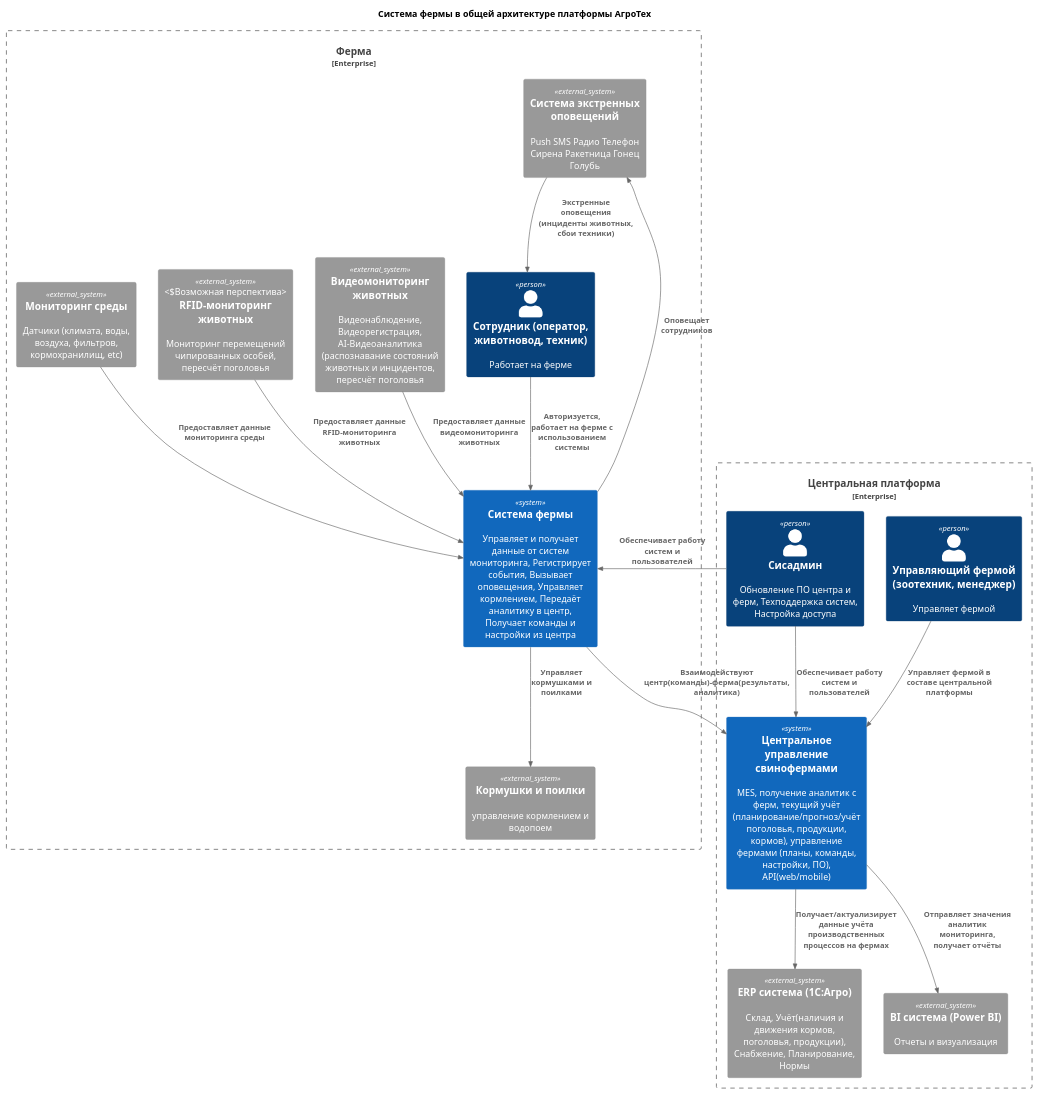
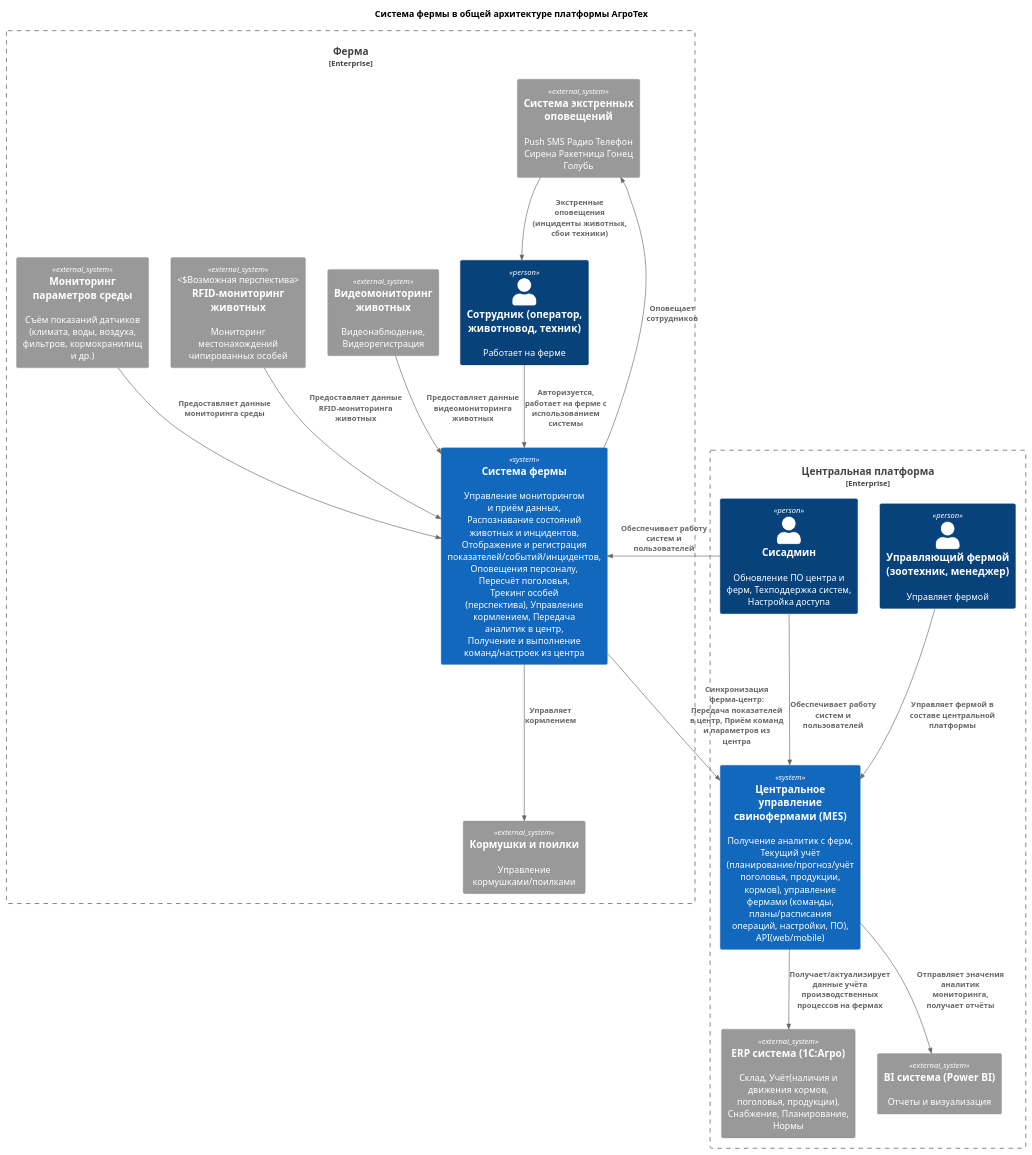
One commit to IvanVerba/MSA-AgroTech changed the diagram in Task1/Context1.puml. Above: the diagram before and after it, drawn with PlantUML.

Commit message:
Task1: C1 общий-2

```diff
--- a/Task1/Context1.puml
+++ b/Task1/Context1.puml
@@ -1,44 +1,44 @@
 @startuml
 title Ferma Context Diagram
 
 top to bottom direction
 
 !include <C4/C4_Context>
 
  title Система фермы в общей архитектуре платформы АгроТех
 
 Enterprise_Boundary(система_фермы, "Ферма") {
  System_Ext(extr_comm, "Система экстренных оповещений" , "Push SMS Радио Телефон Сирена Ракетница Гонец Голубь")
- System_Ext(vcam, "Видеомониторинг животных", "Видеонаблюдение, Видеорегистрация, AI-Видеоаналитика (распознавание состояний животных и инцидентов, пересчёт поголовья")
- System_Ext(rfid, "RFID-мониторинг животных", "Мониторинг перемещений чипированных особей, пересчёт поголовья", "Возможная перспектива")
- System_Ext(sensors, "Мониторинг среды", "Датчики (климата, воды, воздуха, фильтров, кормохранилищ, etc)")
- System_Ext(feeding, "Кормушки и поилки", "управление кормлением и водопоем")
+ System_Ext(vcam, "Видеомониторинг животных", "Видеонаблюдение, Видеорегистрация")
+ System_Ext(rfid, "RFID-мониторинг животных", "Мониторинг местонахождений чипированных особей", "Возможная перспектива")
+ System_Ext(sensors, "Мониторинг параметров среды", "Съём показаний датчиков (климата, воды, воздуха, фильтров, кормохранилищ и др.)")
+ System_Ext(feeding, "Кормушки и поилки", "Управление кормушками/поилками")
 
   Person(employee, "Сотрудник (оператор, животновод, техник)", "Работает на ферме")
-  System(ferma, "Система фермы", "Управляет и получает данные от систем мониторинга, Регистрирует события, Вызывает оповещения, Управляет кормлением, Передаёт аналитику в центр, Получает команды и настройки из центра")
+  System(farm, "Система фермы", "Управление мониторингом и приём данных, Распознавание состояний животных и инцидентов, Отображение и регистрация показателей/событий/инцидентов, Оповещения персоналу, Пересчёт поголовья, Трекинг особей (перспектива), Управление кормлением, Передача аналитик в центр, Получение и выполнение команд/настроек из центра")
   Rel(extr_comm, employee , "Экстренные оповещения (инциденты животных, сбои техники)")
-  Rel(vcam, ferma, "Предоставляет данные видеомониторинга животных")
-  Rel(rfid, ferma, "Предоставляет данные RFID-мониторинга животных")
-  Rel(sensors, ferma, "Предоставляет данные мониторинга среды")
-  Rel(ferma,feeding,"Управляет кормушками и поилками")
-  Rel(employee, ferma, "Авторизуется, работает на ферме с использованием системы")
-  Rel(ferma,extr_comm,"Оповещает сотрудников")
+  Rel(vcam, farm, "Предоставляет данные видеомониторинга животных")
+  Rel(rfid, farm, "Предоставляет данные RFID-мониторинга животных")
+  Rel(sensors, farm, "Предоставляет данные мониторинга среды")
+  Rel(farm,feeding,"Управляет кормлением")
+  Rel(employee, farm, "Авторизуется, работает на ферме с использованием системы")
+  Rel(farm,extr_comm,"Оповещает сотрудников")
  }
 
 
 Enterprise_Boundary(система, "Центральная платформа") {
   Person(mainuser, "Управляющий фермой (зоотехник, менеджер)", "Управляет фермой")
   Person(admin, "Сисадмин", "Обновление ПО центра и ферм, Техподдержка систем, Настройка доступа")
-  System(center_farm, "Центральное управление свинофермами", "MES, получение аналитик с ферм, текущий учёт (планирование/прогноз/учёт поголовья, продукции, кормов), управление фермами (планы, команды, настройки, ПО), API(web/mobile)")
+  System(center_farm, "Центральное управление свинофермами (MES)", "Получение аналитик с ферм, Текущий учёт (планирование/прогноз/учёт поголовья, продукции, кормов), управление фермами (команды, планы/расписания операций, настройки, ПО), API(web/mobile)")
   System_Ext(erp, "ERP система (1С:Агро)", "Склад, Учёт(наличия и движения кормов, поголовья, продукции), Снабжение, Планирование, Нормы")
   System_Ext(bi, "BI система (Power BI)", "Отчеты и визуализация")
   Rel(center_farm,erp, "Получает/актуализирует данные учёта производственных процессов на фермах")
   Rel(center_farm,bi, "Отправляет значения аналитик мониторинга, получает отчёты")
   Rel(admin,center_farm,"Обеспечивает работу систем и пользователей")
-  Rel(admin,ferma,"Обеспечивает работу систем и пользователей")
+  Rel(admin,farm,"Обеспечивает работу систем и пользователей")
   Rel(mainuser,center_farm,"Управляет фермой в составе центральной платформы")
-  Rel(ferma,center_farm,"Взаимодействуют центр(команды)-ферма(результаты, аналитика)")
+  Rel(farm,center_farm,"Синхронизация ферма-центр: Передача показателей в центр, Приём команд и параметров из центра")
  }
 
 
 @enduml
```
